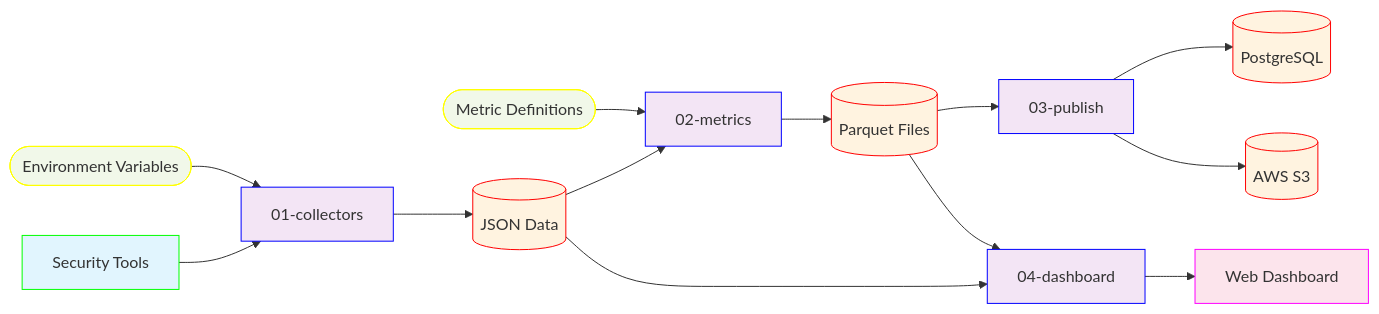
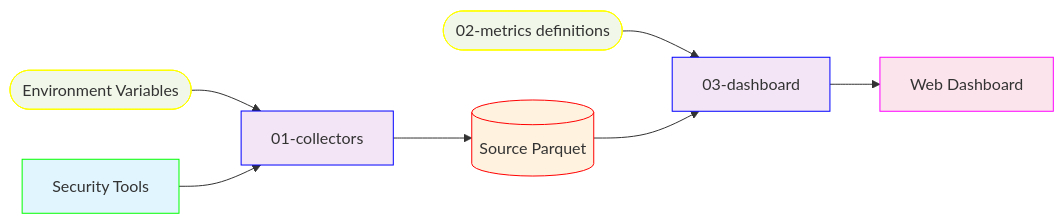
One commit to massyn/cyber-metrics changed the diagram in README.md. Above: the diagram before and after it, drawn with Mermaid. The commit also changed other lines of this file and 105 other files, not shown here.

````diff
--- a/README.md
+++ b/README.md
@@ -26,38 +24,25 @@
 ```mermaid
 graph LR
     source[Security Tools]:::external
     collector[01-collectors]:::component
-    metrics[02-metrics]:::component
-    publish[03-publish]:::component
-    dashboard[04-dashboard]:::component
-    
+    dashboard[03-dashboard]:::component
+
     env([Environment Variables]):::config
-    yaml([Metric Definitions]):::config
-    json[(JSON Data)]:::data
-    parquet[(Parquet Files)]:::data
-    postgres[(PostgreSQL)]:::data
-    s3[(AWS S3)]:::data
+    yaml([02-metrics definitions]):::config
+    raw[(Source Parquet)]:::data
     web[Web Dashboard]:::output
 
     env --> collector
     source --> collector
-    collector --> json
-    
-    yaml --> metrics
-    json --> metrics
-    metrics --> parquet
-    
-    parquet --> publish
-    publish --> postgres
-    publish --> s3
-    
-    json --> dashboard
-    parquet --> dashboard
+    collector --> raw
+
+    yaml --> dashboard
+    raw --> dashboard
     dashboard --> web
-    
+
     classDef external stroke:#0f0,fill:#e1f5fe
     classDef component stroke:#00f,fill:#f3e5f5
     classDef data stroke:#f00,fill:#fff3e0
     classDef config stroke:#ff0,fill:#f1f8e9
     classDef output stroke:#f0f,fill:#fce4ec
 ```
````
